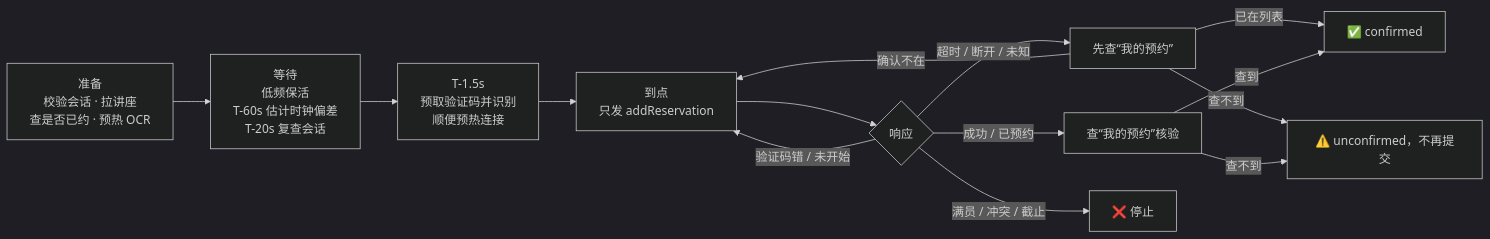
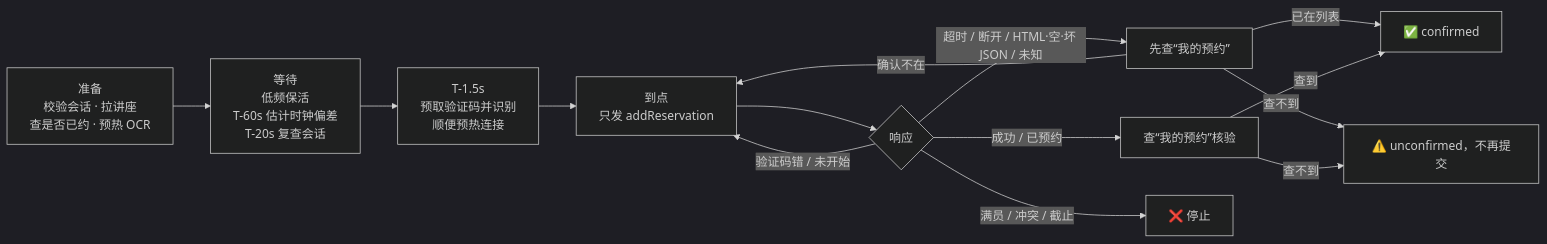
One commit to wynter-yaxley/seu-lecture-cli changed the diagram in README.md. Above: the diagram before and after it, drawn with Mermaid (dark theme). The commit also changed other lines of this file and 14 other files, not shown here.

````diff
--- a/README.md
+++ b/README.md
@@ -132,16 +132,16 @@
 ```mermaid
 flowchart LR
     A[准备<br/>校验会话 · 拉讲座<br/>查是否已约 · 预热 OCR] --> B[等待<br/>低频保活<br/>T-60s 估计时钟偏差<br/>T-20s 复查会话]
     B --> C[T-1.5s<br/>预取验证码并识别<br/>顺便预热连接]
     C --> D[到点<br/>只发 addReservation]
     D --> E{响应}
     E -->|成功 / 已预约| F[查“我的预约”核验]
     E -->|验证码错 / 未开始| D
-    E -->|超时 / 断开 / 未知| G[先查“我的预约”]
+    E -->|超时 / 断开 / HTML·空·坏 JSON / 未知| G[先查“我的预约”]
     G -->|已在列表| H[✅ confirmed]
     G -->|确认不在| D
     G -->|查不到| I[⚠️ unconfirmed，不再提交]
     F -->|查到| H
     F -->|查不到| I
     E -->|满员 / 冲突 / 截止| J[❌ 停止]
 ```
````
